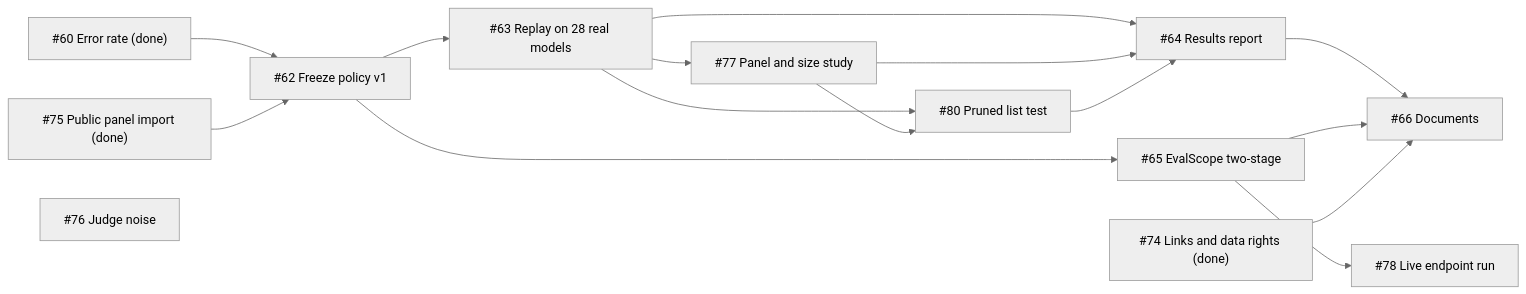
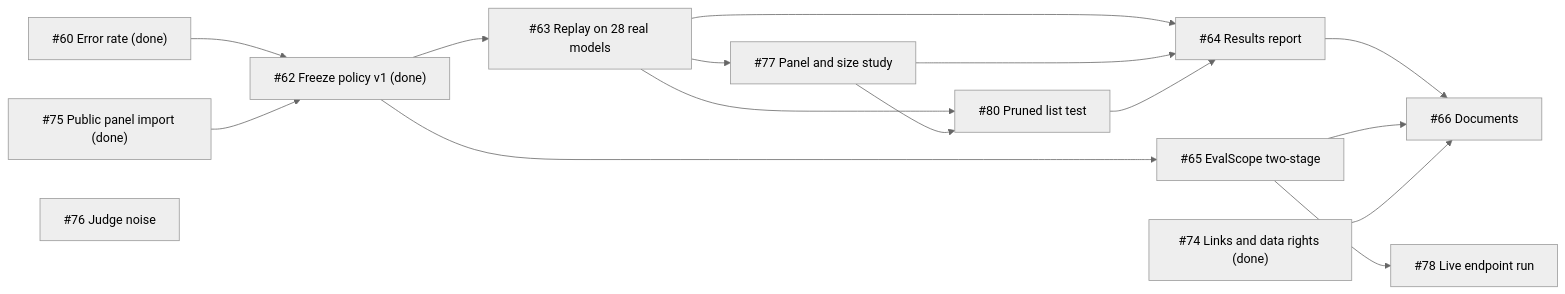
Before and after one commit to sdv1708/ai-model-benchmark: the third of 3 diagrams in README.md, drawn with Mermaid (neutral theme). The commit also changed other lines of this file and 23 other files, not shown here.

First line of the commit message:
Freeze threshold policy v1 and the real-replay protocol (#62) (#85)

````diff
--- a/README.md
+++ b/README.md
@@ -636,18 +675,18 @@
 ```mermaid
 flowchart LR
-    I60["#60 Error rate (done)"] --> I62["#62 Freeze policy v1"]
+    I60["#60 Error rate (done)"] --> I62["#62 Freeze policy v1 (done)"]
     I75["#75 Public panel import (done)"] --> I62
     I62 --> I63["#63 Replay on 28 real models"]
     I62 --> I65["#65 EvalScope two-stage"]
     I63 --> I77["#77 Panel and size study"]
     I63 --> I80["#80 Pruned list test"]
     I77 --> I80
     I65 --> I78["#78 Live endpoint run"]
     I63 --> I64["#64 Results report"]
     I77 --> I64
     I80 --> I64
     I64 --> I66["#66 Documents"]
     I65 --> I66
     I74["#74 Links and data rights (done)"] --> I66
     I76["#76 Judge noise"]
 ```
````
